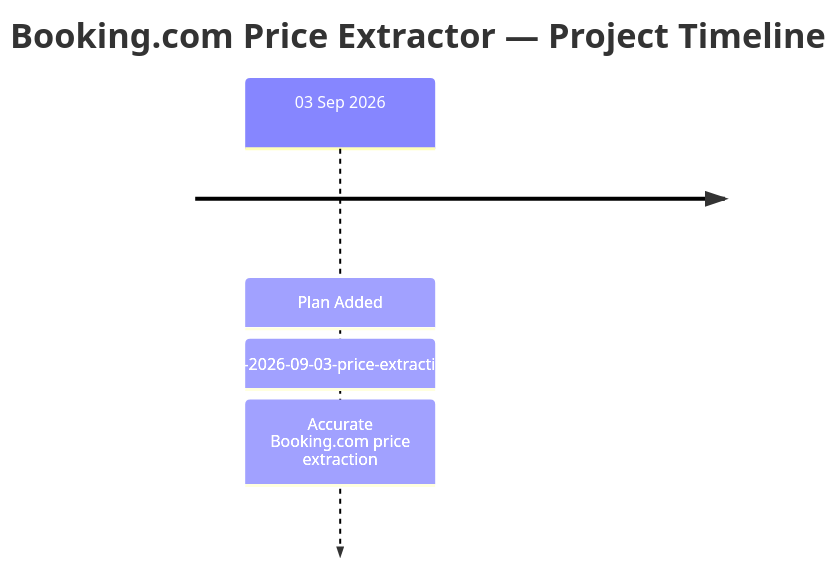
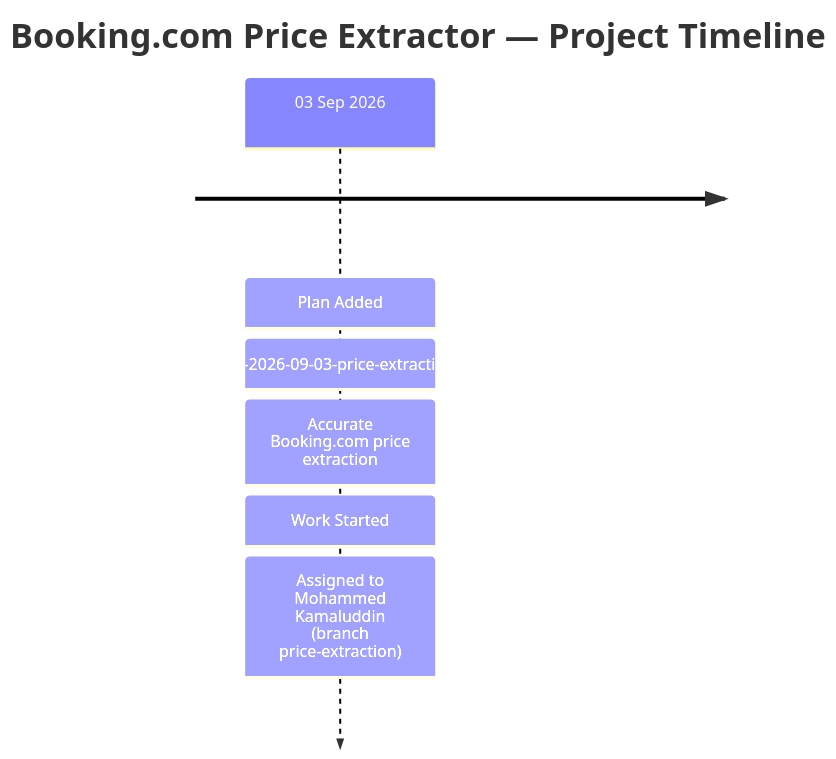
One commit to kamal-u247/extract_data_bookingcom changed the diagram in FUTURE_TIMELINE.md. Above: the diagram before and after it, drawn with Mermaid. The commit also changed other lines of this file and 1 other file, not shown here.

Commit message:
docs: assign price-extraction plan to Mohammed Kamaluddin

````diff
--- a/FUTURE_TIMELINE.md
+++ b/FUTURE_TIMELINE.md
@@ -11,7 +11,9 @@
 ```mermaid
 timeline
     title Booking.com Price Extractor — Project Timeline
     03 Sep 2026 : Plan Added
                  : FP-2026-09-03-price-extraction
                  : Accurate Booking.com price extraction
+                 : Work Started
+                 : Assigned to Mohammed Kamaluddin (branch price-extraction)
 ```
````
